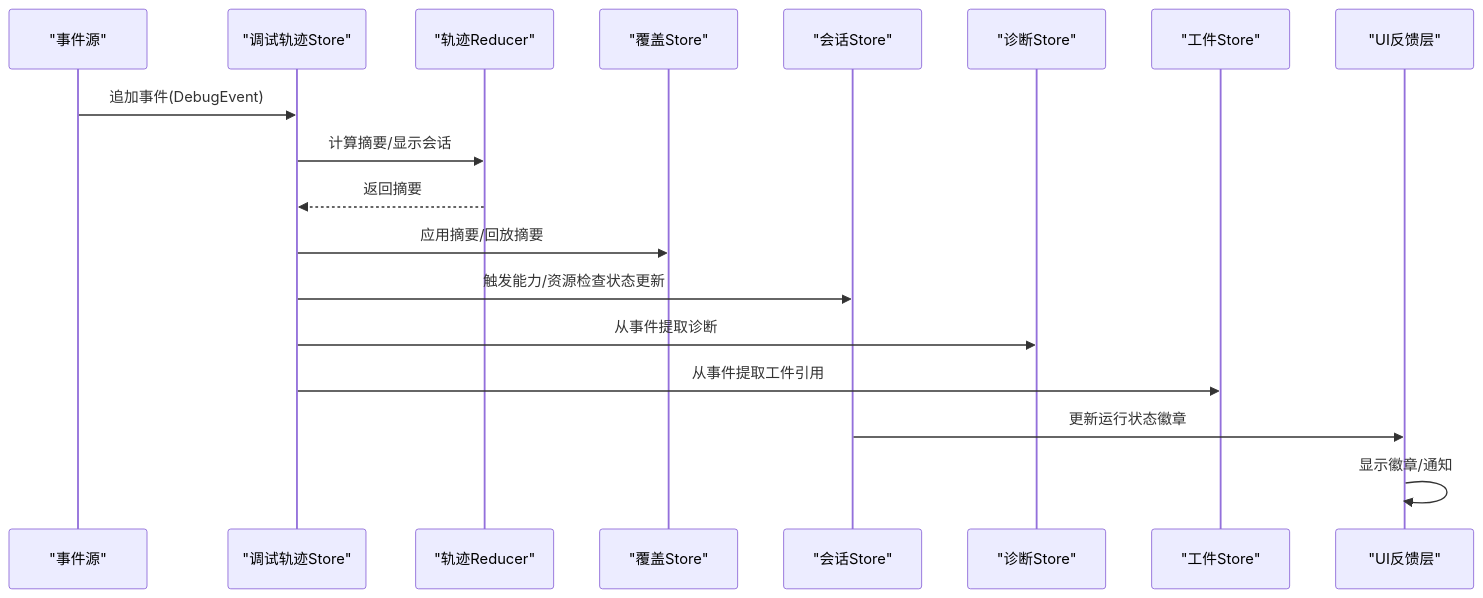
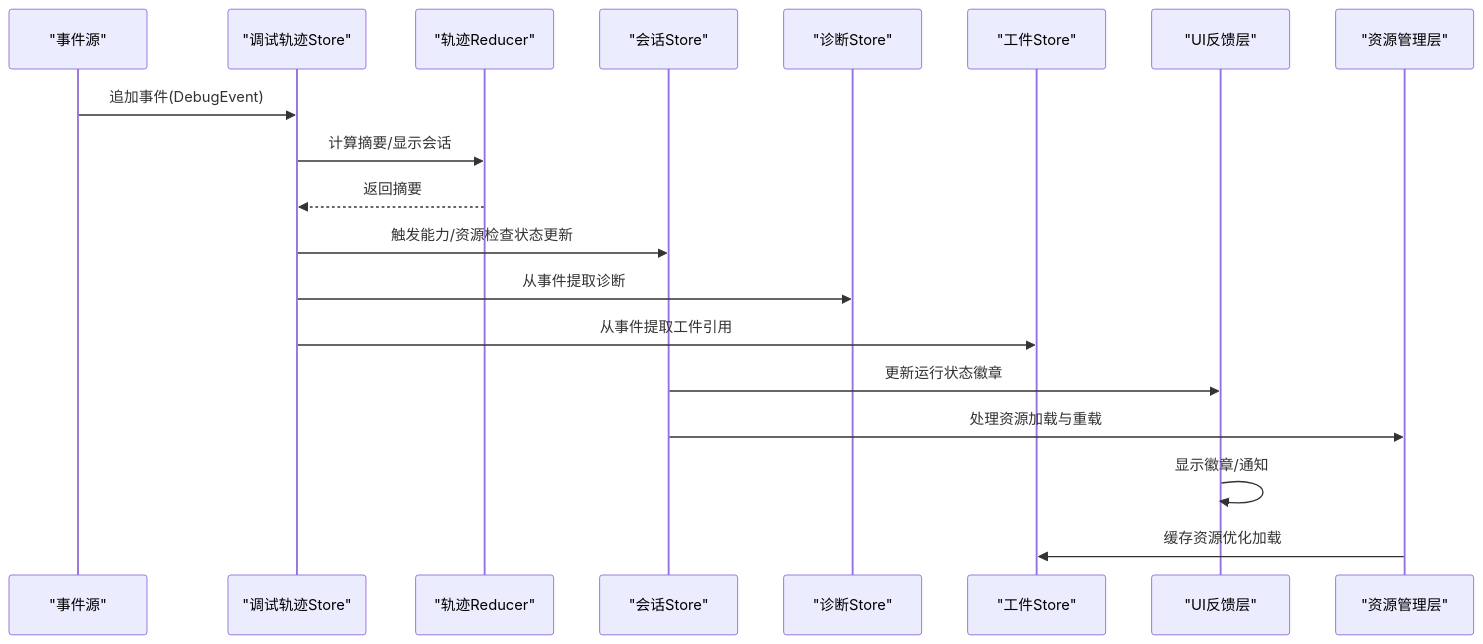
One commit to kqcoxn/MaaPipelineEditor changed the second of 9 diagrams in .qoder/repowiki/zh/content/前端架构/状态管理系统/调试状态管理.md. Above: the diagram before and after it, drawn with Mermaid. The commit also changed other lines of this file and 25 other files, not shown here.

````diff
--- a/.qoder/repowiki/zh/content/前端架构/状态管理系统/调试状态管理.md
+++ b/.qoder/repowiki/zh/content/前端架构/状态管理系统/调试状态管理.md
@@ -196,20 +163,21 @@
 ```mermaid
 sequenceDiagram
 participant Src as "事件源"
 participant Trace as "调试轨迹Store"
 participant Reducer as "轨迹Reducer"
-participant Overlay as "覆盖Store"
 participant Session as "会话Store"
 participant Diag as "诊断Store"
 participant Art as "工件Store"
 participant UI as "UI反馈层"
+participant ResMgr as "资源管理层"
 Src->>Trace : 追加事件(DebugEvent)
 Trace->>Reducer : 计算摘要/显示会话
 Reducer-->>Trace : 返回摘要
-Trace->>Overlay : 应用摘要/回放摘要
 Trace->>Session : 触发能力/资源检查状态更新
 Trace->>Diag : 从事件提取诊断
 Trace->>Art : 从事件提取工件引用
 Session->>UI : 更新运行状态徽章
+Session->>ResMgr : 处理资源加载与重载
 UI->>UI : 显示徽章/通知
+ResMgr->>Art : 缓存资源优化加载
 ```
````
